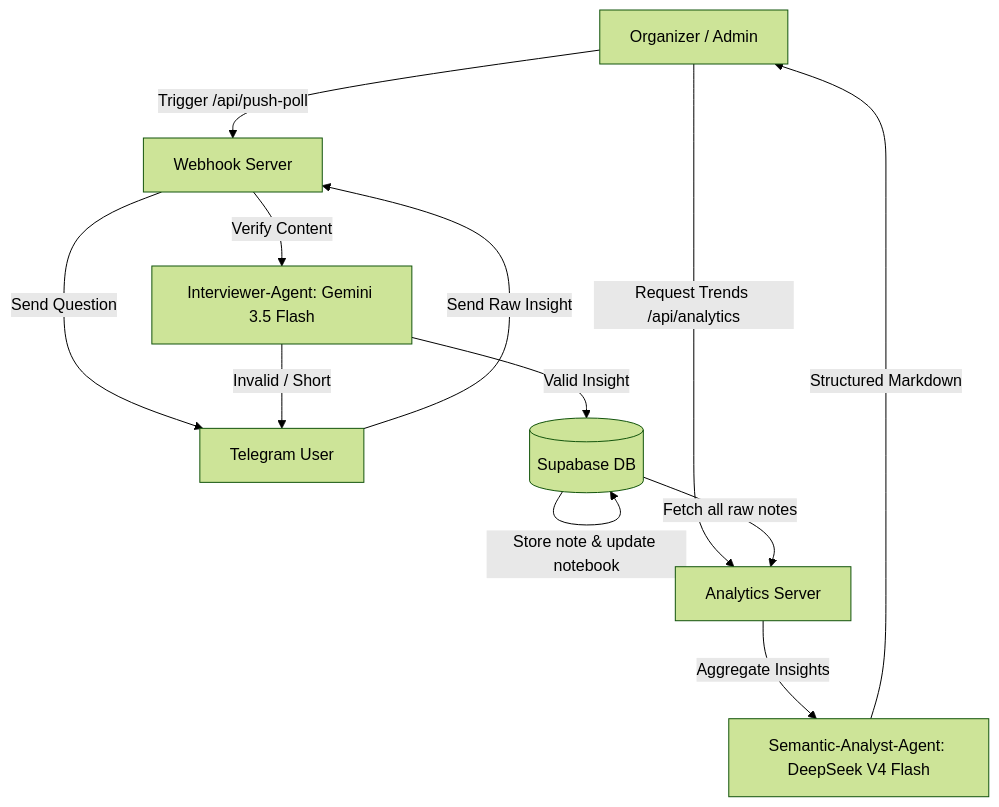
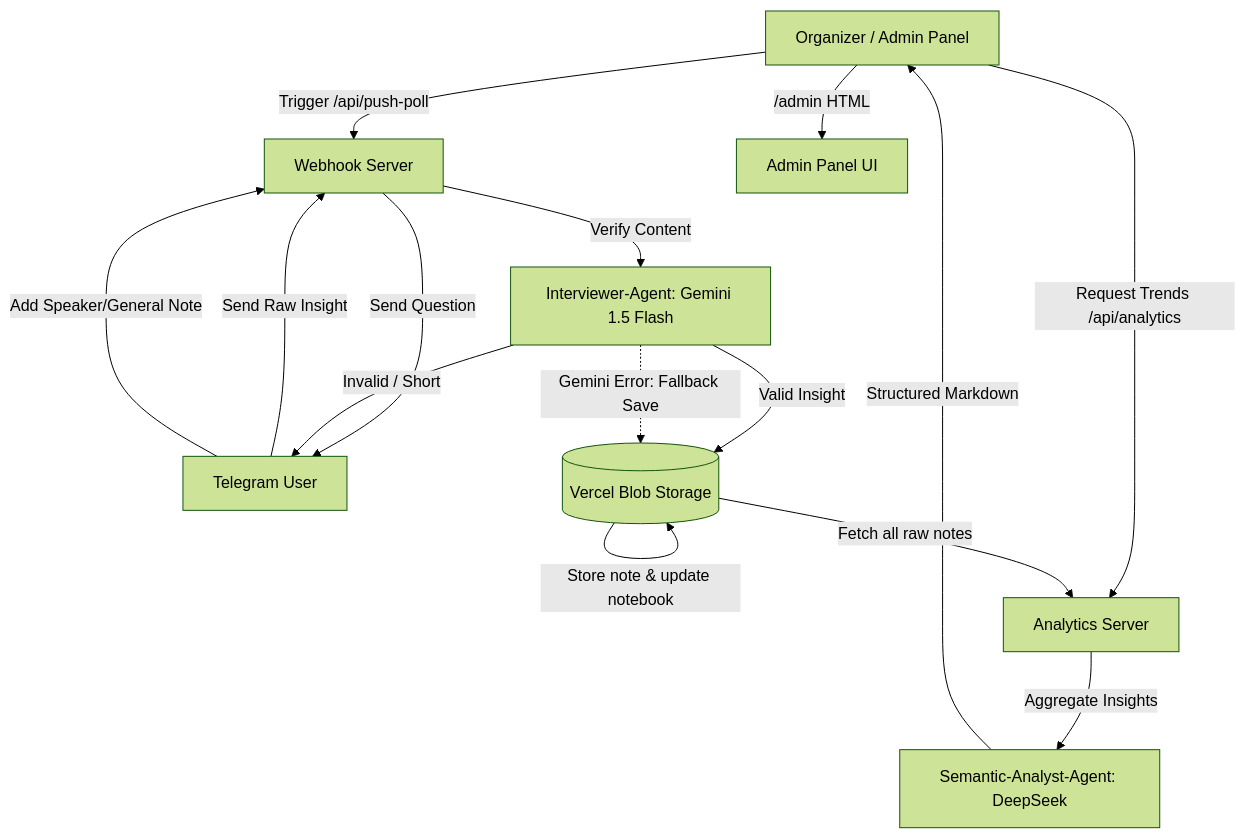
Before and after one commit to ElazAzel/botforforum: the diagram in meta_harness_docs.md, drawn with Mermaid (forest theme). The commit also changed other lines of this file and 8 other files, not shown here.

Commit message:
feat: implement Vercel Blob storage, administrative API endpoints, and updated Meta-Harness documentation

````diff
--- a/meta_harness_docs.md
+++ b/meta_harness_docs.md
@@ -11,14 +11,17 @@
 ```mermaid
 graph TD
-    Admin[Organizer / Admin] -->|Trigger /api/push-poll| Webhook[Webhook Server]
+    Admin[Organizer / Admin Panel] -->|Trigger /api/push-poll| Webhook[Webhook Server]
+    Admin -->|/admin HTML| AdminUI[Admin Panel UI]
     Webhook -->|Send Question| User[Telegram User]
     User -->|Send Raw Insight| Webhook
-    Webhook -->|Verify Content| Interviewer[Interviewer-Agent: Gemini 3.5 Flash]
+    User -->|Add Speaker/General Note| Webhook
+    Webhook -->|Verify Content| Interviewer[Interviewer-Agent: Gemini 1.5 Flash]
     Interviewer -->|Invalid / Short| User
-    Interviewer -->|Valid Insight| DB[(Supabase DB)]
+    Interviewer -->|Valid Insight| DB[(Vercel Blob Storage)]
+    Interviewer -.->|Gemini Error: Fallback Save| DB
     DB -->|Store note & update notebook| DB
     Admin -->|Request Trends /api/analytics| Analytics[Analytics Server]
     DB -->|Fetch all raw notes| Analytics
-    Analytics -->|Aggregate Insights| Analyst[Semantic-Analyst-Agent: DeepSeek V4 Flash]
+    Analytics -->|Aggregate Insights| Analyst[Semantic-Analyst-Agent: DeepSeek]
     Analyst -->|Structured Markdown| Admin
 ```
````
